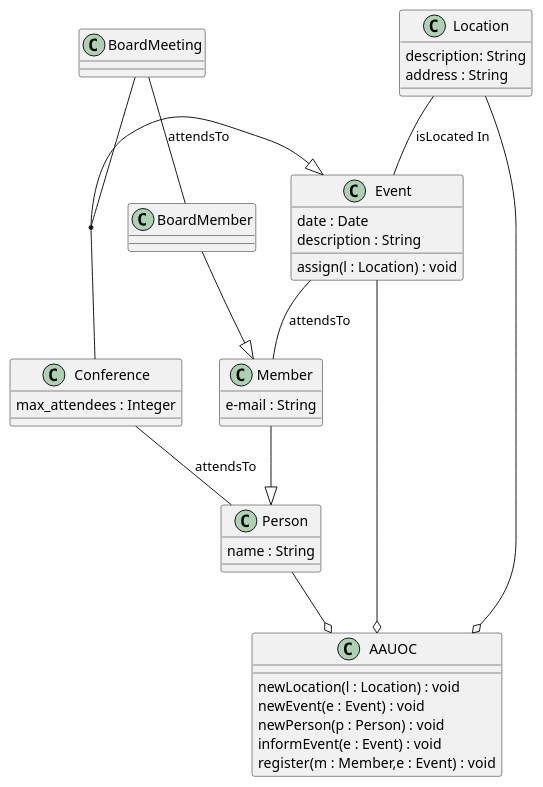
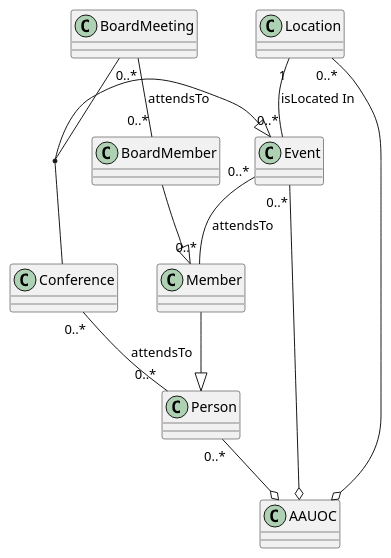
Before and after one commit to Agalo3132/UMLClasesAlvaro: the diagram in src/UML.puml, drawn with PlantUML.

Commit message:
Commit cardinalidades

```diff
--- a/src/UML.puml
+++ b/src/UML.puml
@@ -1,62 +1,42 @@
 @startuml
 
-Class Event {
-date : Date
-description : String
+Class Event
 
-assign(l : Location) : void
-}
-
-Class Conference {
-max_attendees : Integer
-}
+Class Conference
 
 Class BoardMeeting
 
 
 (BoardMeeting, Conference) --|> Event
 
 Class BoardMember
 
-Class Member {
-e-mail : String
-}
+Class Member
 
-Class Person{
-name : String
-}
+Class Person
 
 BoardMember --|> Member
 
 Member --|> Person
 
 
-Class Location {
-description: String
-address : String
-}
+Class Location
 
-Class AAUOC {
-newLocation(l : Location) : void
-newEvent(e : Event) : void
-newPerson(p : Person) : void
-informEvent(e : Event) : void
-register(m : Member,e : Event) : void
-}
+Class AAUOC
 
 
-Location -- Event : isLocated In
+Location "1" -- "0..*" Event : isLocated In
 
-Location --o AAUOC
+Location "0..*" --o AAUOC
 
-Event -- Member : attendsTo
+Event "0..*" -- "0..*" Member : attendsTo
 
-BoardMeeting -- BoardMember : attendsTo
+BoardMeeting "0..*" -- "0..*" BoardMember : attendsTo
 
-Conference -- Person : attendsTo
+Conference "0..*" -- "0..*" Person : attendsTo
 
-Event --o AAUOC
+Event "0..*" --o AAUOC
 
-Person --o AAUOC
+Person "0..*" --o AAUOC
 
 @enduml
```
